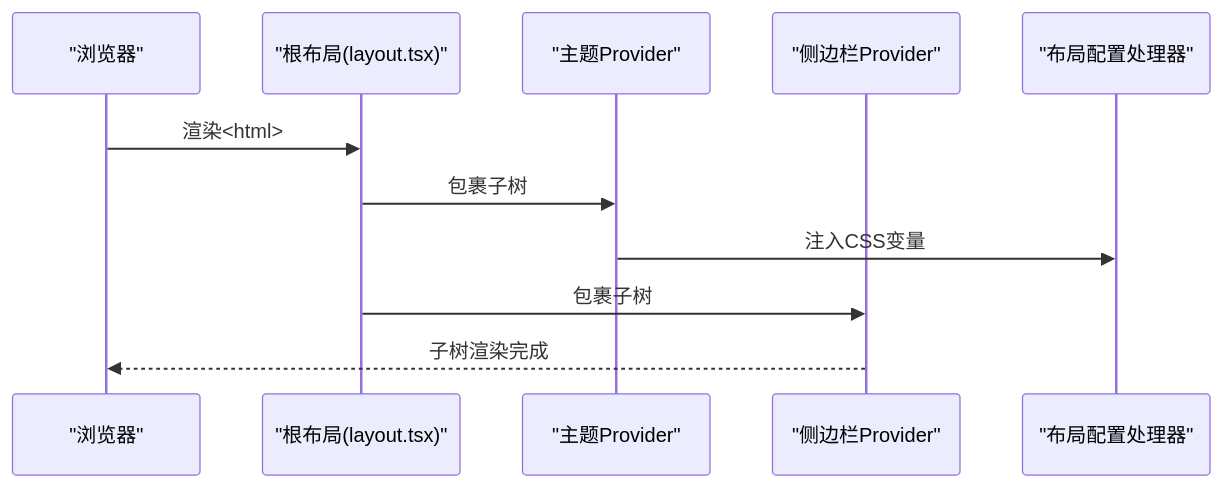
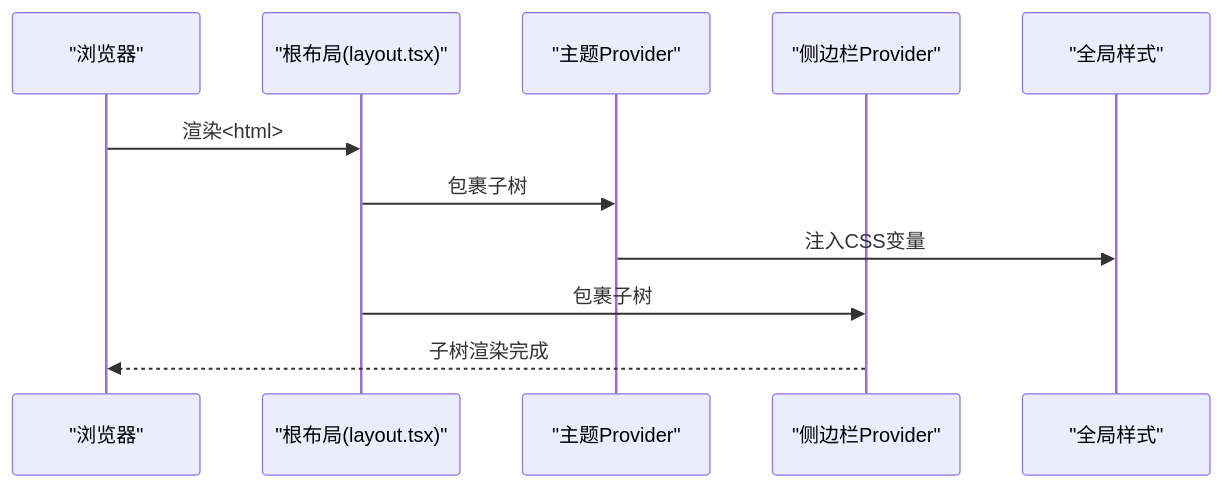
The third of 8 diagrams in .qoder/repowiki/zh/content/架构设计/架构设计.md (HAOFUYANG/nextjs-admin), drawn with Mermaid before and after one commit. The commit also changed other lines of this file and 6 other files, not shown here.

````diff
--- a/.qoder/repowiki/zh/content/架构设计/架构设计.md
+++ b/.qoder/repowiki/zh/content/架构设计/架构设计.md
@@ -152,13 +152,13 @@
 ```mermaid
 sequenceDiagram
 participant Browser as "浏览器"
 participant Root as "根布局(layout.tsx)"
 participant Theme as "主题Provider"
 participant Sidebar as "侧边栏Provider"
-participant Cfg as "布局配置处理器"
+participant Cfg as "全局样式"
 Browser->>Root : 渲染<html>
 Root->>Theme : 包裹子树
 Theme->>Cfg : 注入CSS变量
 Root->>Sidebar : 包裹子树
 Sidebar-->>Browser : 子树渲染完成
 ```
````
